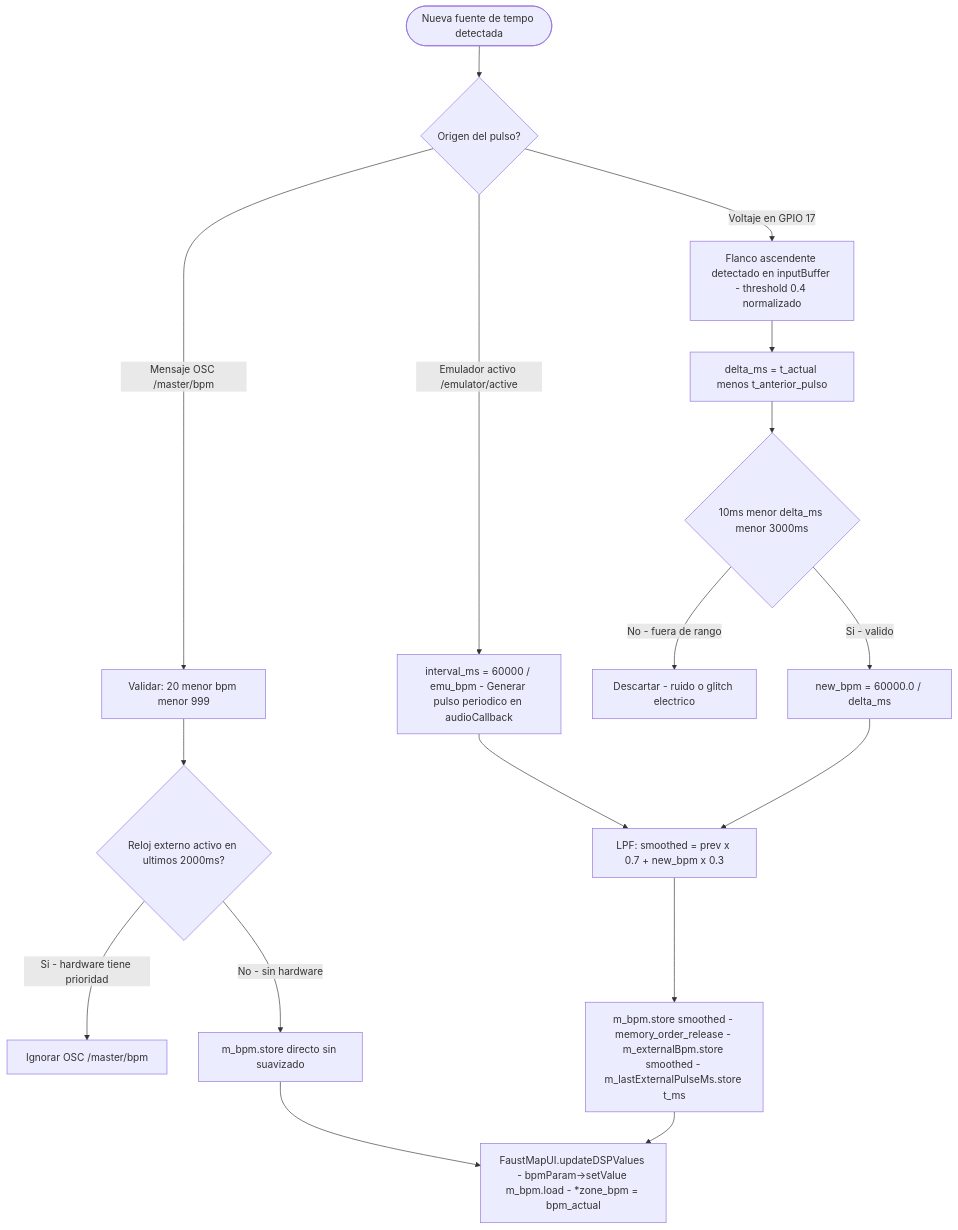
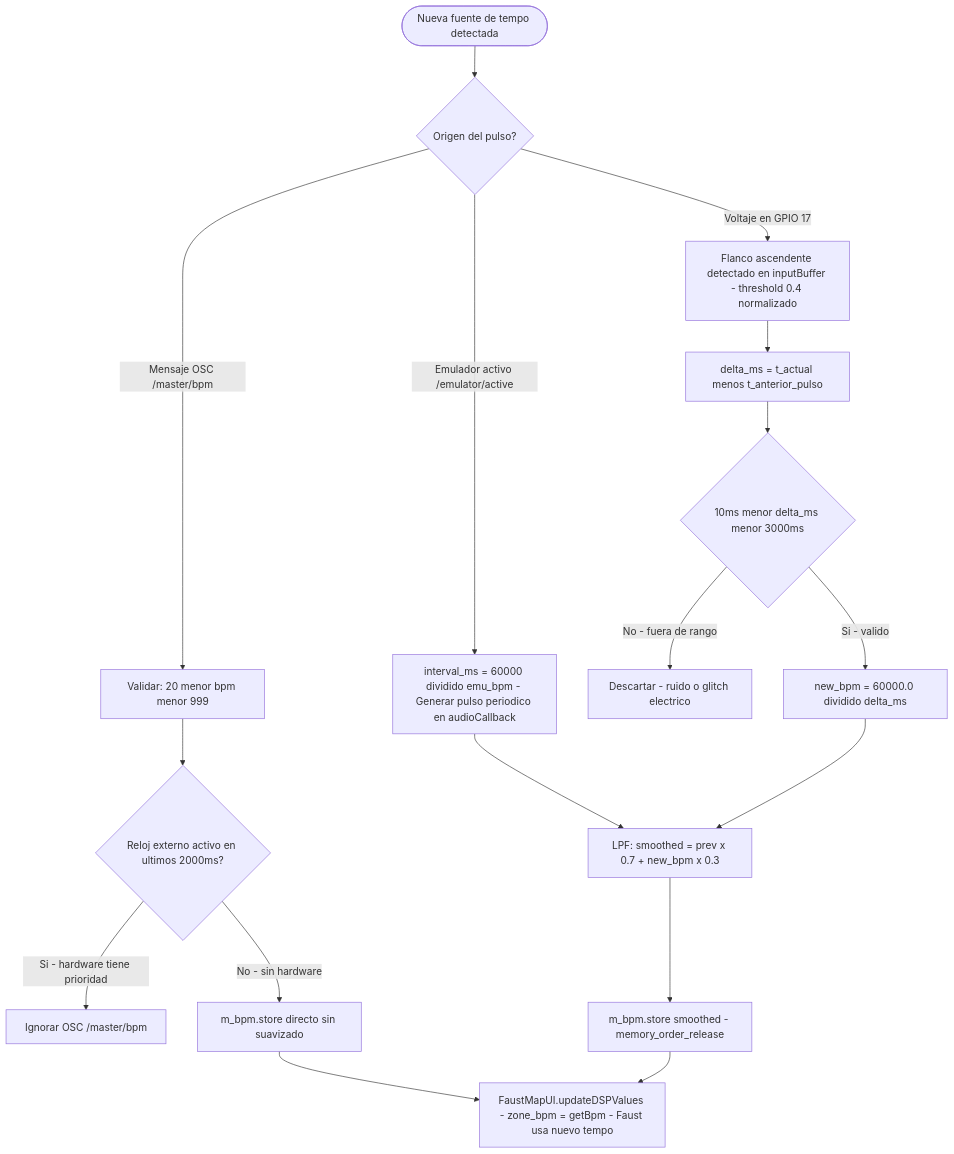
The fifth of 12 diagrams in README.md (Zann181/sintetizador), drawn with Mermaid before and after one commit. The commit also changed other lines of this file and 21 other files, not shown here.

````diff
--- a/README.md
+++ b/README.md
@@ -661,32 +613,32 @@
 ```mermaid
 flowchart TD
     NUEVA_FUENTE(["Nueva fuente de tempo detectada"])
     NUEVA_FUENTE --> ORIGEN{"Origen del pulso?"}
 
     ORIGEN -->|"Voltaje en GPIO 17"| ANA_DETECT
     ORIGEN -->|"Mensaje OSC /master/bpm"| OSC_VALIDATE
     ORIGEN -->|"Emulador activo /emulator/active"| EMU_CALC
 
     ANA_DETECT["Flanco ascendente detectado en inputBuffer - threshold 0.4 normalizado"]
     ANA_DETECT --> DELTA["delta_ms = t_actual menos t_anterior_pulso"]
     DELTA --> RANGO{"10ms menor delta_ms menor 3000ms"}
     RANGO -->|"No - fuera de rango"| DESCARTA["Descartar - ruido o glitch electrico"]
     RANGO -->|"Si - valido"| BPM_CRUDO
 
-    BPM_CRUDO["new_bpm = 60000.0 / delta_ms"]
+    BPM_CRUDO["new_bpm = 60000.0 dividido delta_ms"]
     BPM_CRUDO --> SUAVIZADO
 
     OSC_VALIDATE["Validar: 20 menor bpm menor 999"]
     OSC_VALIDATE --> EXT_ACTIVO{"Reloj externo activo en ultimos 2000ms?"}
     EXT_ACTIVO -->|"Si - hardware tiene prioridad"| IGNORAR["Ignorar OSC /master/bpm"]
     EXT_ACTIVO -->|"No - sin hardware"| STORE_DIRECTO["m_bpm.store directo sin suavizado"]
 
-    EMU_CALC["interval_ms = 60000 / emu_bpm - Generar pulso periodico en audioCallback"]
+    EMU_CALC["interval_ms = 60000 dividido emu_bpm - Generar pulso periodico en audioCallback"]
     EMU_CALC --> SUAVIZADO
 
     SUAVIZADO["LPF: smoothed = prev x 0.7 + new_bpm x 0.3"]
-    SUAVIZADO --> ATOMICO["m_bpm.store smoothed - memory_order_release - m_externalBpm.store smoothed - m_lastExternalPulseMs.store t_ms"]
+    SUAVIZADO --> ATOMICO["m_bpm.store smoothed - memory_order_release"]
 
-    ATOMICO --> FAUST_SYNC["FaustMapUI.updateDSPValues - bpmParam->setValue m_bpm.load - *zone_bpm = bpm_actual"]
+    ATOMICO --> FAUST_SYNC["FaustMapUI.updateDSPValues - zone_bpm = getBpm - Faust usa nuevo tempo"]
     STORE_DIRECTO --> FAUST_SYNC
 ```
````
